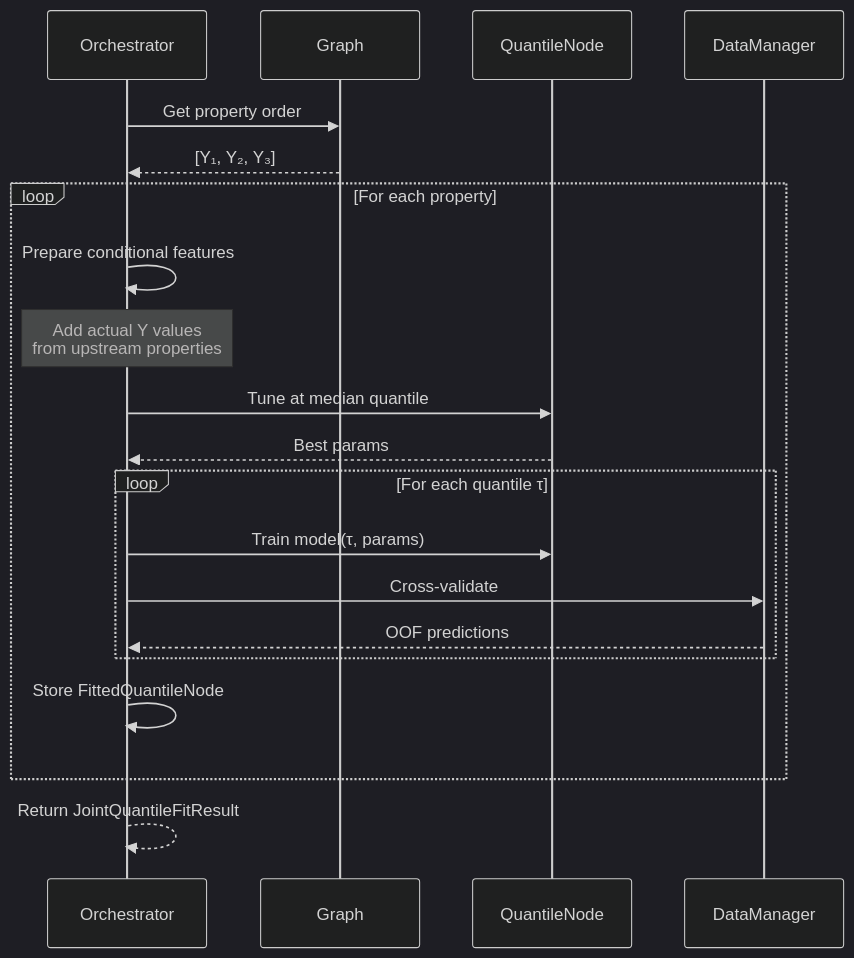
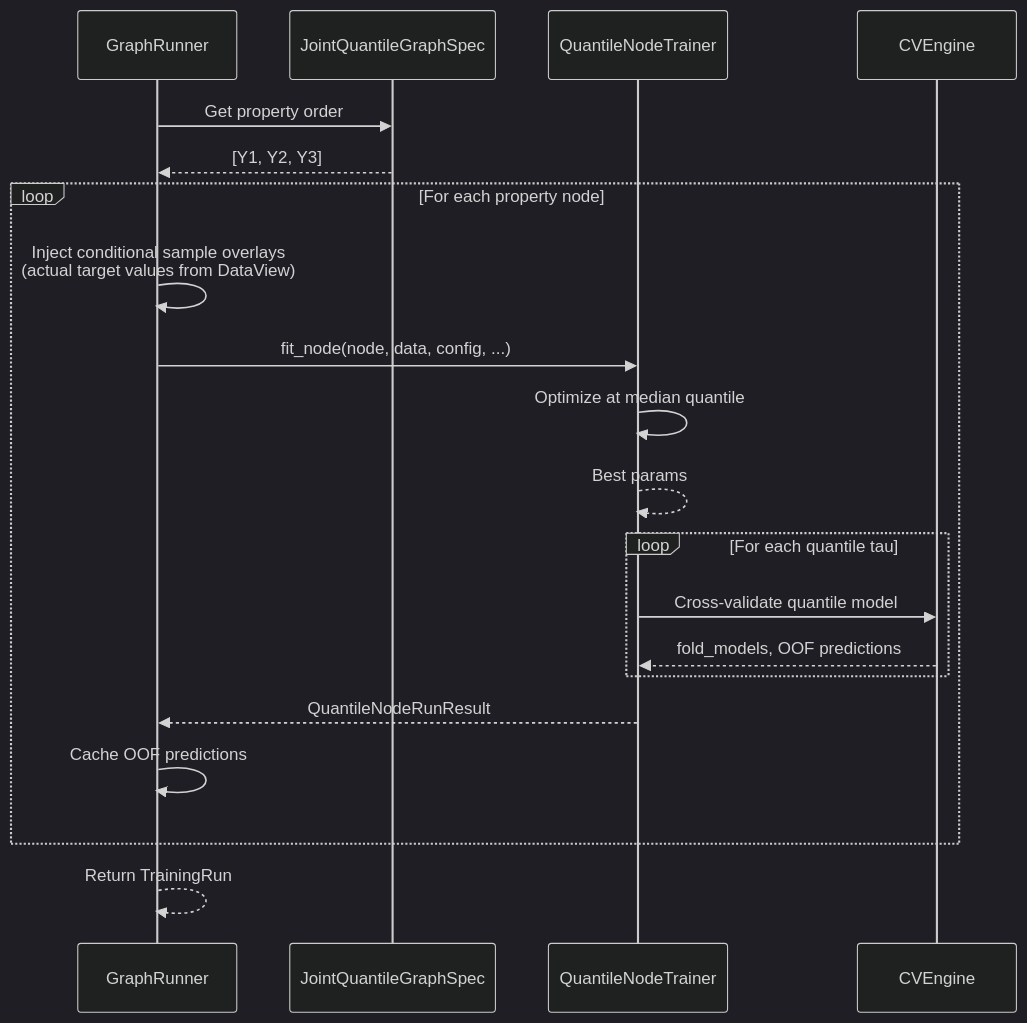
Before and after one commit to caldred/auto-sklearn: the sixth of 7 diagrams in docs/joint-quantile-regression.md, drawn with Mermaid (dark theme). The commit also changed other lines of this file and 123 other files, not shown here.

````diff
--- a/docs/joint-quantile-regression.md
+++ b/docs/joint-quantile-regression.md
@@ -407,28 +439,28 @@
 ```mermaid
 sequenceDiagram
-    participant O as Orchestrator
-    participant G as Graph
-    participant N as QuantileNode
-    participant D as DataManager
+    participant R as GraphRunner
+    participant G as JointQuantileGraphSpec
+    participant T as QuantileNodeTrainer
+    participant CV as CVEngine
 
-    O->>G: Get property order
-    G-->>O: [Y₁, Y₂, Y₃]
+    R->>G: Get property order
+    G-->>R: [Y1, Y2, Y3]
 
-    loop For each property
-        O->>O: Prepare conditional features
-        Note over O: Add actual Y values<br/>from upstream properties
+    loop For each property node
+        R->>R: Inject conditional sample overlays<br/>(actual target values from DataView)
 
-        O->>N: Tune at median quantile
-        N-->>O: Best params
+        R->>T: fit_node(node, data, config, ...)
+        T->>T: Optimize at median quantile
+        T-->>T: Best params
 
-        loop For each quantile τ
-            O->>N: Train model(τ, params)
-            O->>D: Cross-validate
-            D-->>O: OOF predictions
+        loop For each quantile tau
+            T->>CV: Cross-validate quantile model
+            CV-->>T: fold_models, OOF predictions
         end
 
-        O->>O: Store FittedQuantileNode
+        T-->>R: QuantileNodeRunResult
+        R->>R: Cache OOF predictions
     end
 
-    O-->>O: Return JointQuantileFitResult
+    R-->>R: Return TrainingRun
 ```
````
